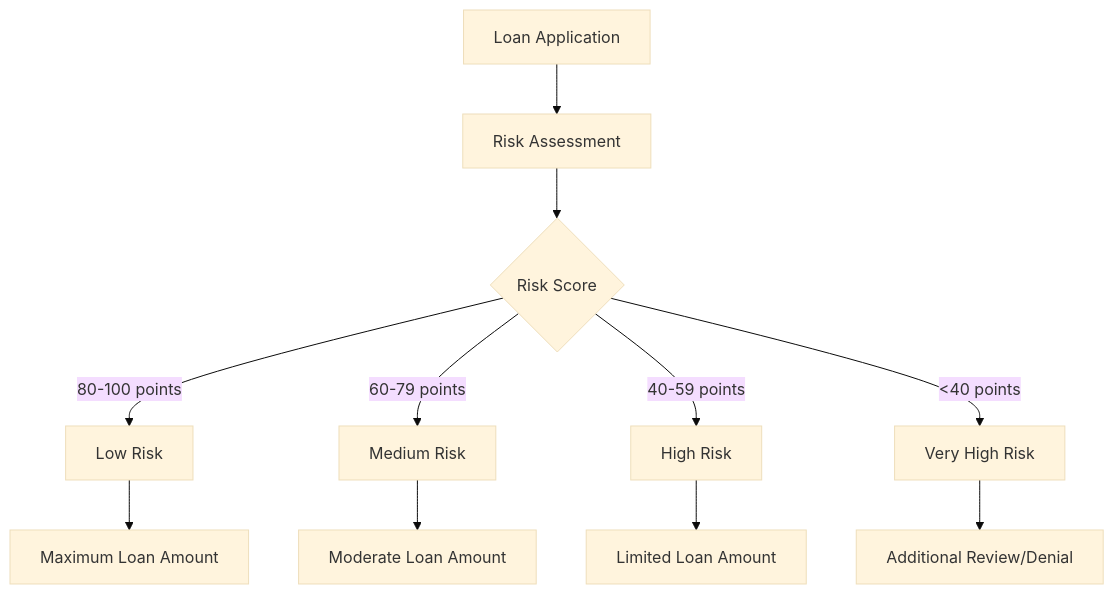
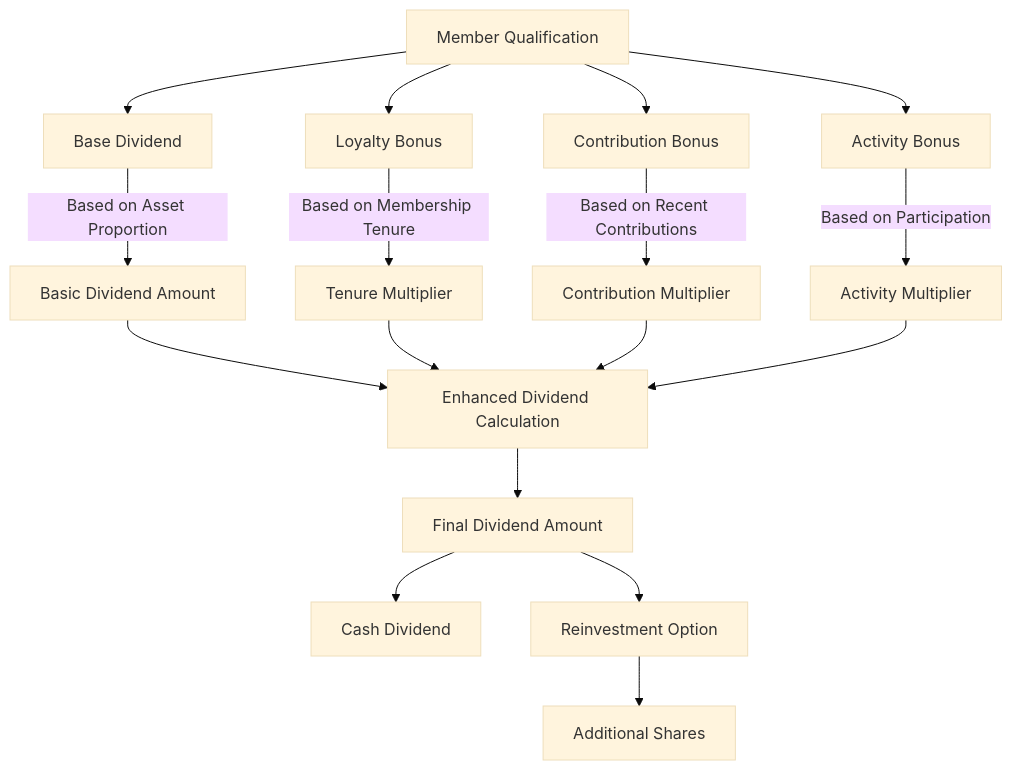
One commit to Sachin-Bandaranayaka/sahana-new changed diagram 13 of 13 in financial-org-app/docs/financial-logic.md. Above: the diagram before and after it, drawn with Mermaid (base theme). The commit also changed other lines of this file and 2 other files, not shown here.

Commit message:
Update financial logic documentation with comprehensive system details, enhanced diagrams, and improved calculation examples

````diff
--- a/financial-org-app/docs/financial-logic.md
+++ b/financial-org-app/docs/financial-logic.md
@@ -247,13 +386,22 @@
 ```mermaid
-flowchart TD
-    A[Loan Application] --> B[Risk Assessment]
-    B --> C{Risk Score}
-    C -->|80-100 points| D[Low Risk]
-    C -->|60-79 points| E[Medium Risk]
-    C -->|40-59 points| F[High Risk]
-    C -->|<40 points| G[Very High Risk]
-    D --> H[Maximum Loan Amount]
-    E --> I[Moderate Loan Amount]
-    F --> J[Limited Loan Amount]
-    G --> K[Additional Review/Denial]
+graph TD
+    A[Member Qualification] --> B[Base Dividend]
+    A --> C[Loyalty Bonus]
+    A --> D[Contribution Bonus]
+    A --> E[Activity Bonus]
+    
+    B -->|Based on Asset Proportion| F[Basic Dividend Amount]
+    C -->|Based on Membership Tenure| G[Tenure Multiplier]
+    D -->|Based on Recent Contributions| H[Contribution Multiplier]
+    E -->|Based on Participation| I[Activity Multiplier]
+    
+    F --> J[Enhanced Dividend Calculation]
+    G --> J
+    H --> J
+    I --> J
+    
+    J --> K[Final Dividend Amount]
+    K --> L[Cash Dividend]
+    K --> M[Reinvestment Option]
+    M --> N[Additional Shares]
 ```
````
